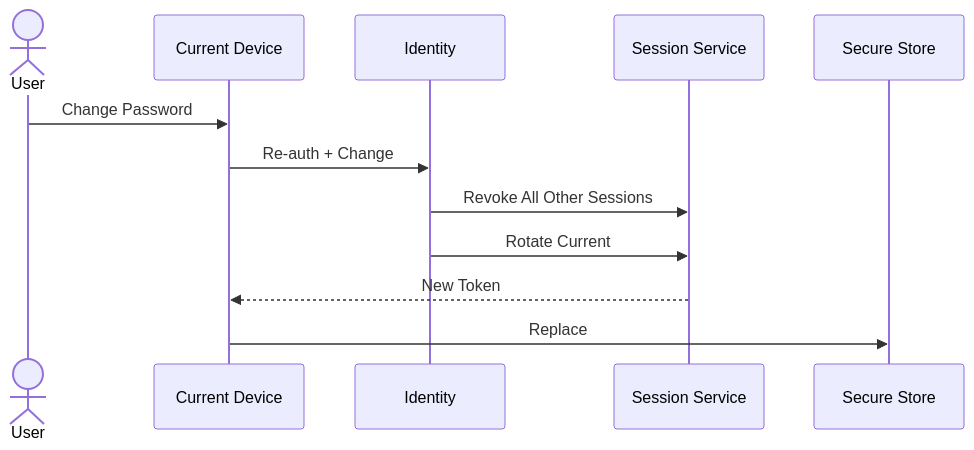
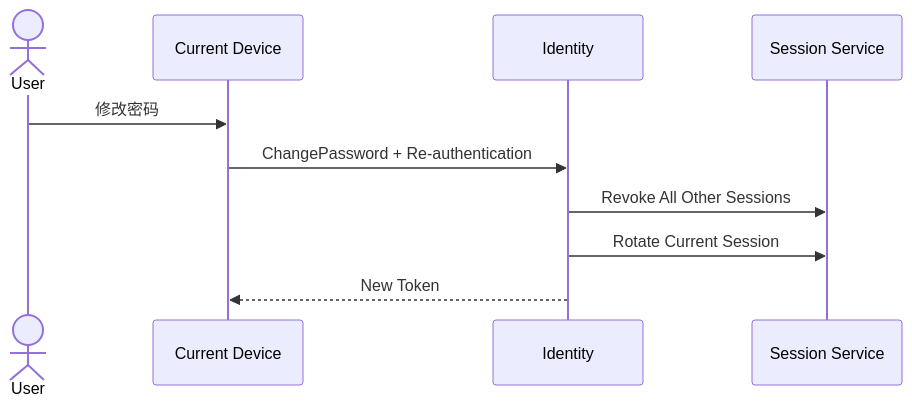
One commit to sxyq/mastergoods changed the ninth of 12 diagrams in docs/system-design/01-账户与身份/02-登录与会话.md. Above: the diagram before and after it, drawn with Mermaid. The commit also changed other lines of this file and 12 other files, not shown here.

Commit message:
docs(system-design): sync detailed design and explain flows

````diff
--- a/docs/system-design/01-账户与身份/02-登录与会话.md
+++ b/docs/system-design/01-账户与身份/02-登录与会话.md
@@ -181,15 +434,14 @@
 ```mermaid
 sequenceDiagram
     actor U as User
     participant APP as Current Device
     participant IAM as Identity
     participant SESSION as Session Service
-    participant STORE as Secure Store
 
-    U->>APP: Change Password
-    APP->>IAM: Re-auth + Change
+    U->>APP: 修改密码
+    APP->>IAM: ChangePassword + Re-authentication
+
     IAM->>SESSION: Revoke All Other Sessions
-    IAM->>SESSION: Rotate Current
-    SESSION-->>APP: New Token
-    APP->>STORE: Replace
+    IAM->>SESSION: Rotate Current Session
+    IAM-->>APP: New Token
 ```
````
